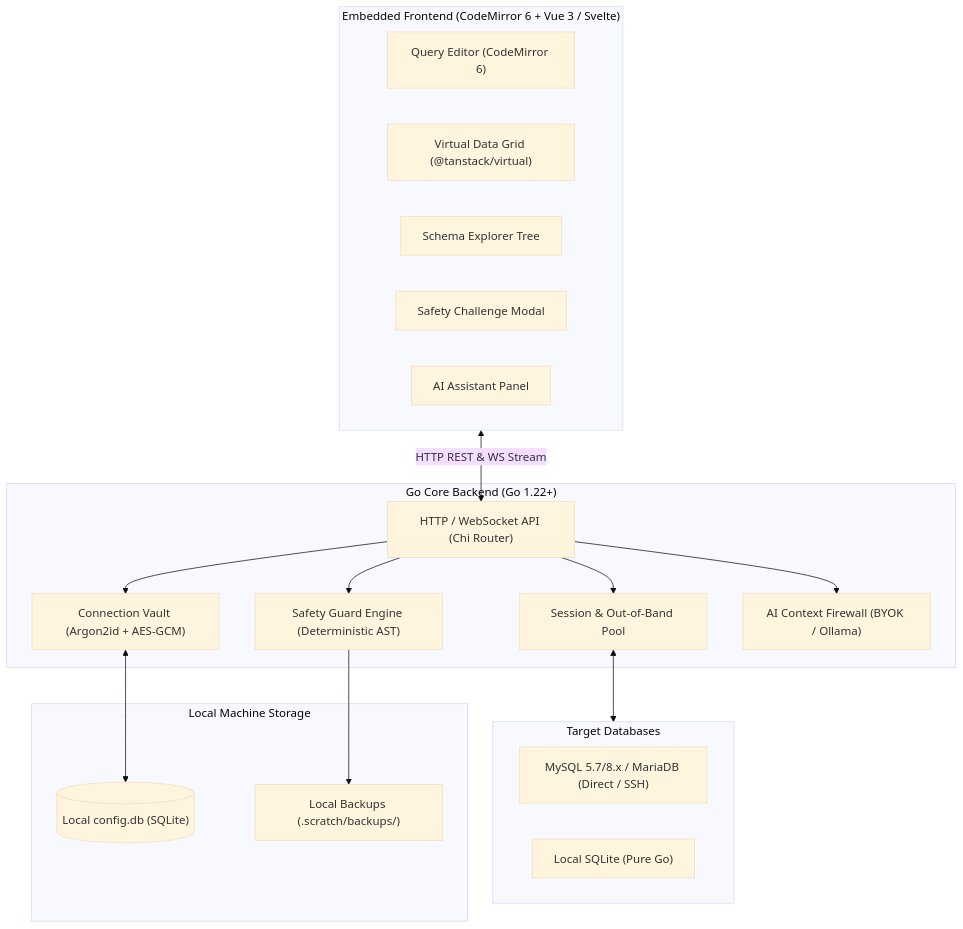
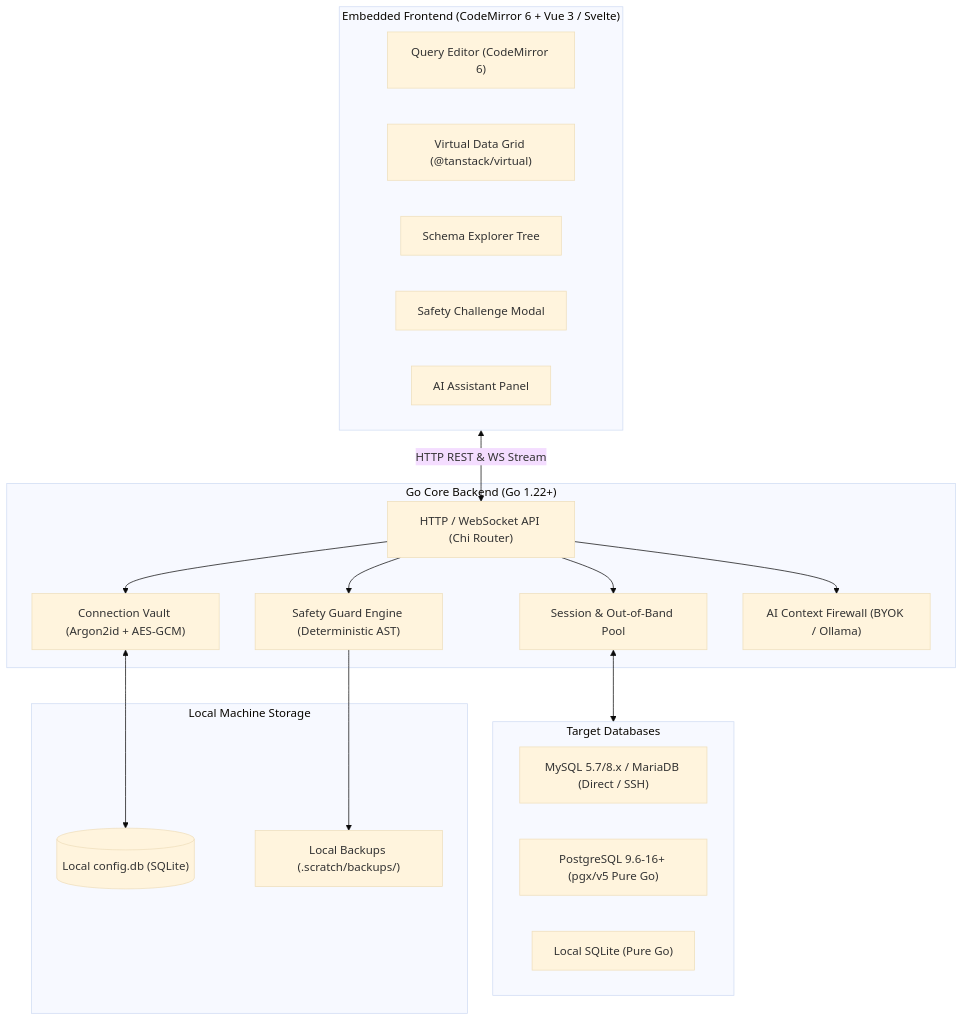
One commit to herliansyah/sqlfox changed the first of 10 diagrams in ARCHITECTURE.md. Above: the diagram before and after it, drawn with Mermaid (base theme). The commit also changed other lines of this file and 22 other files, not shown here.

````diff
--- a/ARCHITECTURE.md
+++ b/ARCHITECTURE.md
@@ -9,37 +9,38 @@
 ```mermaid
 flowchart TD
     subgraph UI ["Embedded Frontend (CodeMirror 6 + Vue 3 / Svelte)"]
         UI_Editor["Query Editor (CodeMirror 6)"]
         UI_Grid["Virtual Data Grid (@tanstack/virtual)"]
         UI_Tree["Schema Explorer Tree"]
         UI_Guard["Safety Challenge Modal"]
         UI_AI["AI Assistant Panel"]
     end
 
     subgraph GoCore ["Go Core Backend (Go 1.22+)"]
         API["HTTP / WebSocket API (Chi Router)"]
         Vault["Connection Vault (Argon2id + AES-GCM)"]
         Safety["Safety Guard Engine (Deterministic AST)"]
         SessionMgr["Session & Out-of-Band Pool"]
         AIProxy["AI Context Firewall (BYOK / Ollama)"]
     end
 
     subgraph TargetDB ["Target Databases"]
         MySQL["MySQL 5.7/8.x / MariaDB (Direct / SSH)"]
+        Postgres["PostgreSQL 9.6-16+ (pgx/v5 Pure Go)"]
         SQLite["Local SQLite (Pure Go)"]
     end
 
     subgraph Storage ["Local Machine Storage"]
         ConfigDB[("Local config.db (SQLite)")]
         DumpDir["Local Backups (.scratch/backups/)"]
     end
 
     UI <-->|HTTP REST & WS Stream| API
     API --> Vault
     API --> Safety
     API --> SessionMgr
     API --> AIProxy
     Vault <--> ConfigDB
     Safety --> DumpDir
     SessionMgr <--> TargetDB
 ```
````
